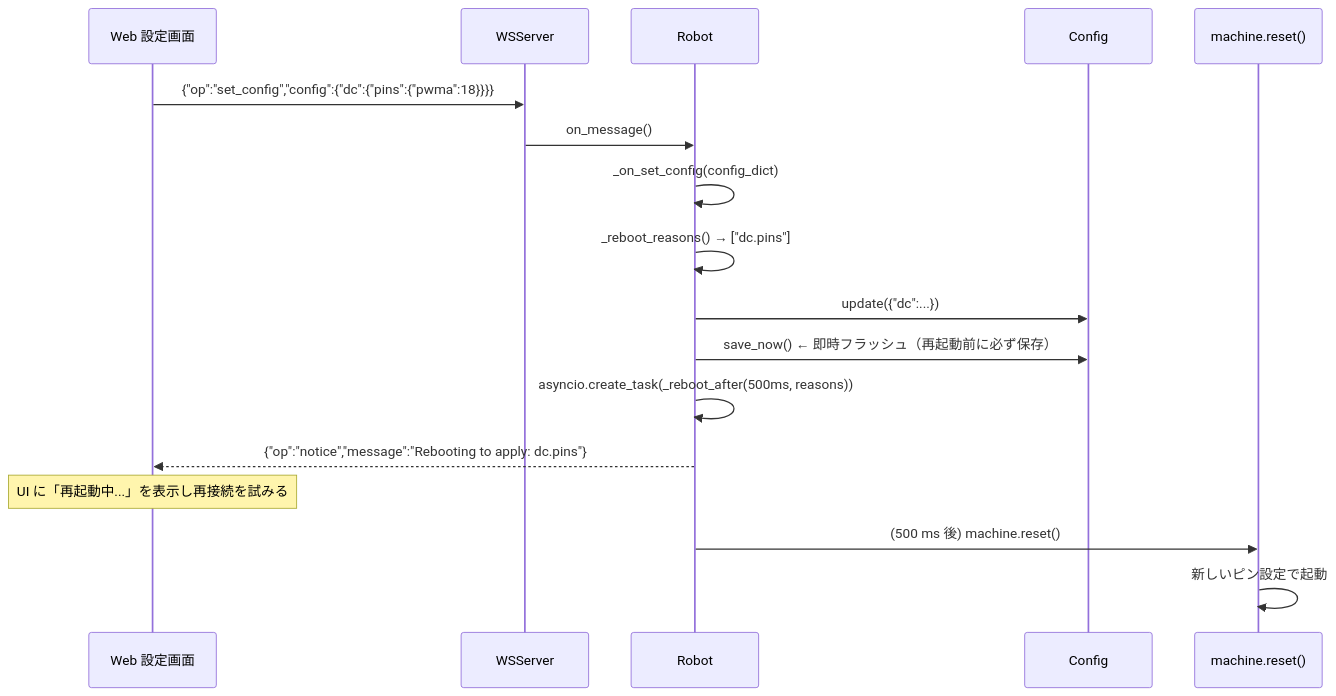
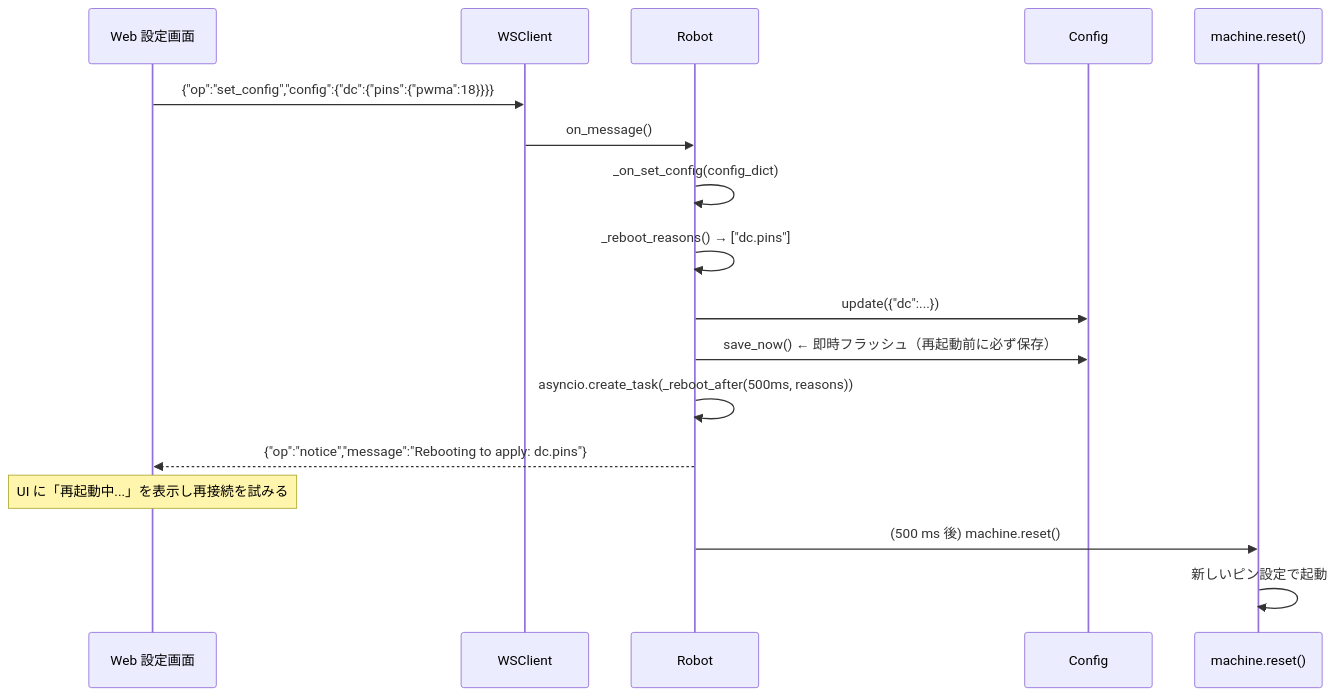
One commit to smabo-smartphone-robot/smabo-smartphone-robot.github.io changed the tenth of 14 diagrams in docs/architecture/design.md. Above: the diagram before and after it, drawn with Mermaid. The commit also changed other lines of this file and 5 other files, not shown here.

````diff
--- a/docs/architecture/design.md
+++ b/docs/architecture/design.md
@@ -427,20 +452,20 @@
 ```mermaid
 sequenceDiagram
     participant Client as Web 設定画面
-    participant WSServer
+    participant WSClient
     participant Robot
     participant Config
     participant MCU as machine.reset()
 
-    Client->>WSServer: {"op":"set_config","config":{"dc":{"pins":{"pwma":18}}}}
-    WSServer->>Robot: on_message()
+    Client->>WSClient: {"op":"set_config","config":{"dc":{"pins":{"pwma":18}}}}
+    WSClient->>Robot: on_message()
     Robot->>Robot: _on_set_config(config_dict)
     Robot->>Robot: _reboot_reasons() → ["dc.pins"]
     Robot->>Config: update({"dc":...})
     Robot->>Config: save_now()  ← 即時フラッシュ（再起動前に必ず保存）
     Robot->>Robot: asyncio.create_task(_reboot_after(500ms, reasons))
     Robot-->>Client: {"op":"notice","message":"Rebooting to apply: dc.pins"}
     Note over Client: UI に「再起動中...」を表示し再接続を試みる
     Robot->>MCU: (500 ms 後) machine.reset()
     MCU->>MCU: 新しいピン設定で起動
 ```
````
